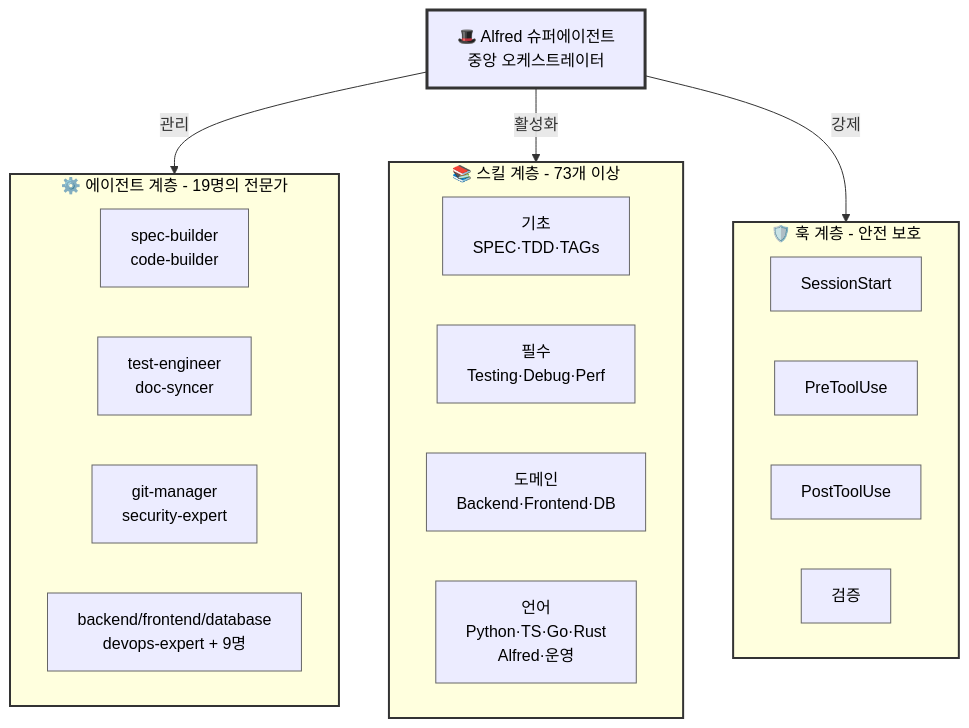
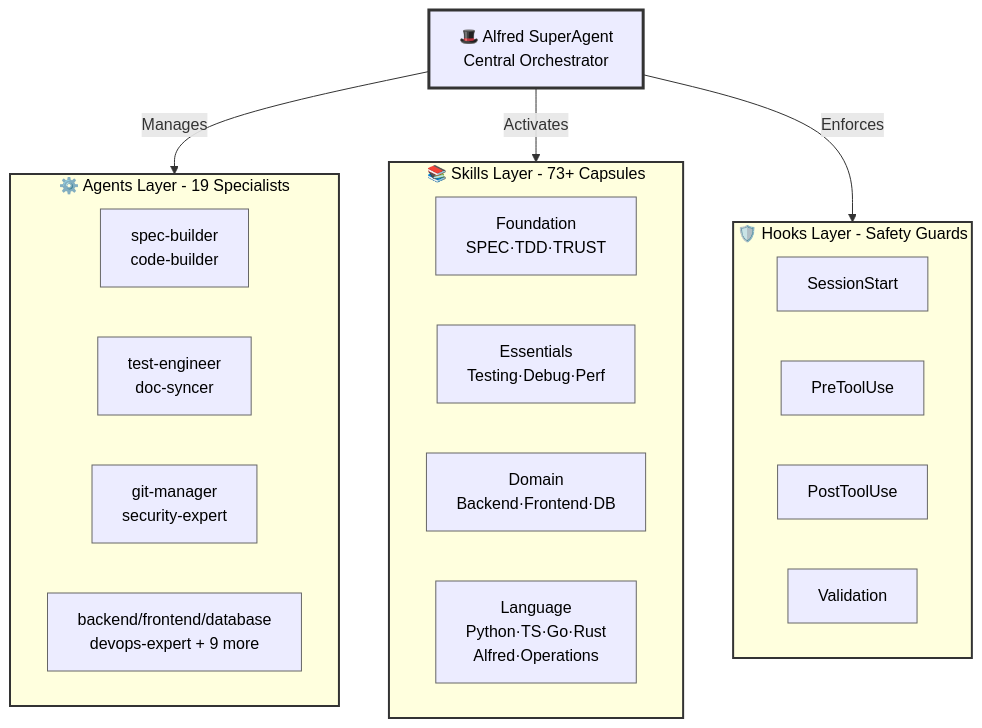
The second of 2 diagrams in README.ko.md (modu-ai/moai-adk), drawn with Mermaid before and after one commit. The commit also changed other lines of this file, not shown here.

````diff
--- a/README.ko.md
+++ b/README.ko.md
@@ -1906,37 +1800,37 @@
 ```mermaid
 graph TD
-    Alfred["🎩 Alfred 슈퍼에이전트<br/>중앙 오케스트레이터"]
+    Alfred["🎩 Alfred SuperAgent<br/>Central Orchestrator"]
 
-    subgraph Agents["⚙️ 에이전트 계층 - 19명의 전문가"]
+    subgraph Agents["⚙️ Agents Layer - 19 Specialists"]
         A1["spec-builder<br/>code-builder"]
         A2["test-engineer<br/>doc-syncer"]
         A3["git-manager<br/>security-expert"]
-        A4["backend/frontend/database<br/>devops-expert + 9명"]
+        A4["backend/frontend/database<br/>devops-expert + 9 more"]
     end
 
-    subgraph Skills["📚 스킬 계층 - 73개 이상"]
-        S1["기초<br/>SPEC·TDD·TAGs"]
-        S2["필수<br/>Testing·Debug·Perf"]
-        S3["도메인<br/>Backend·Frontend·DB"]
-        S4["언어<br/>Python·TS·Go·Rust<br/>Alfred·운영"]
+    subgraph Skills["📚 Skills Layer - 73+ Capsules"]
+        S1["Foundation<br/>SPEC·TDD·TRUST"]
+        S2["Essentials<br/>Testing·Debug·Perf"]
+        S3["Domain<br/>Backend·Frontend·DB"]
+        S4["Language<br/>Python·TS·Go·Rust<br/>Alfred·Operations"]
     end
 
-    subgraph Hooks["🛡️ 훅 계층 - 안전 보호"]
+    subgraph Hooks["🛡️ Hooks Layer - Safety Guards"]
         H1["SessionStart"]
         H2["PreToolUse"]
         H3["PostToolUse"]
-        H4["검증"]
+        H4["Validation"]
     end
 
-    Alfred -->|관리| Agents
-    Alfred -->|활성화| Skills
-    Alfred -->|강제| Hooks
+    Alfred -->|Manages| Agents
+    Alfred -->|Activates| Skills
+    Alfred -->|Enforces| Hooks
 
     classDef alfredNode stroke:#333,stroke-width:3px,color:#000
     classDef layerNode stroke:#333,stroke-width:2px,color:#000
     classDef componentNode stroke:#666,stroke-width:1px,color:#000
 
     class Alfred alfredNode
     class Agents,Skills,Hooks layerNode
     class A1,A2,A3,A4,S1,S2,S3,S4,H1,H2,H3,H4 componentNode
 ```
````
